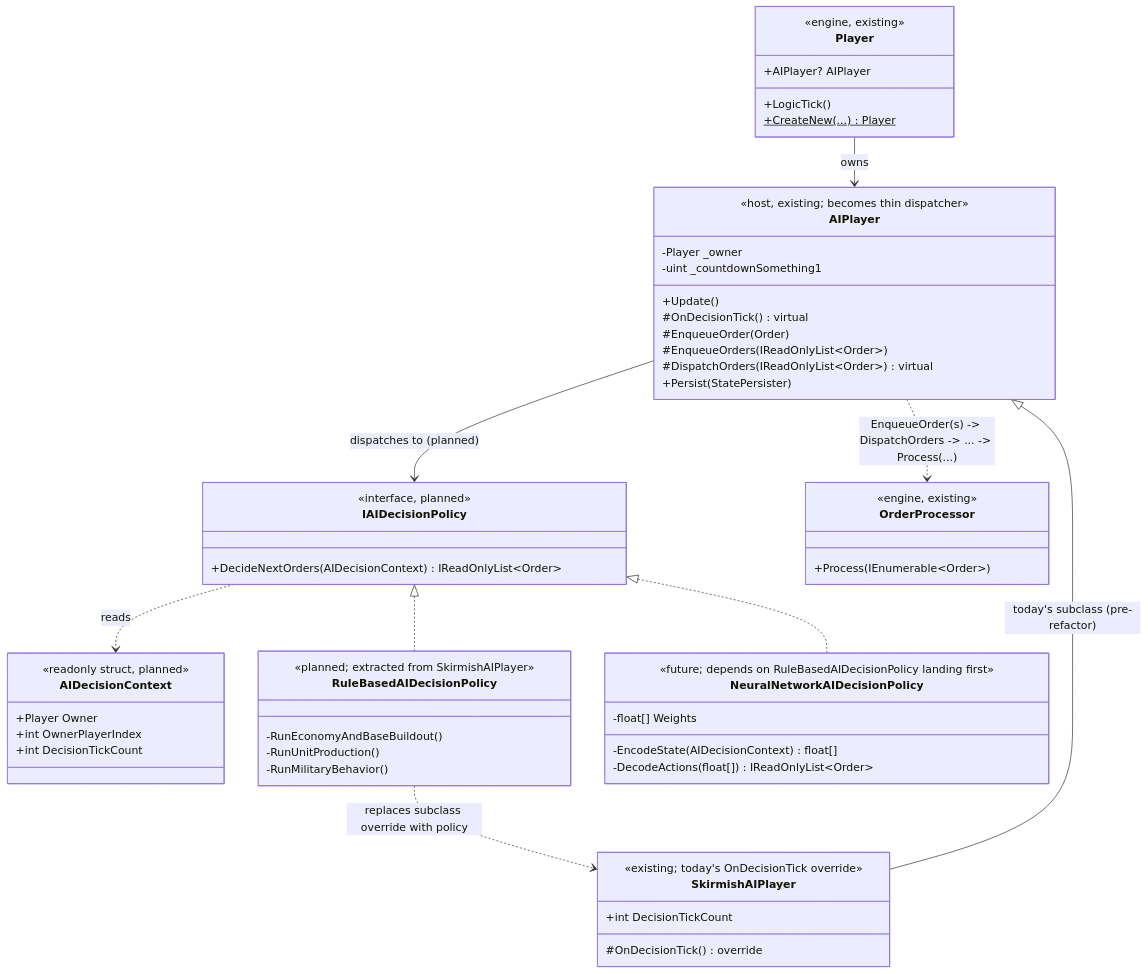
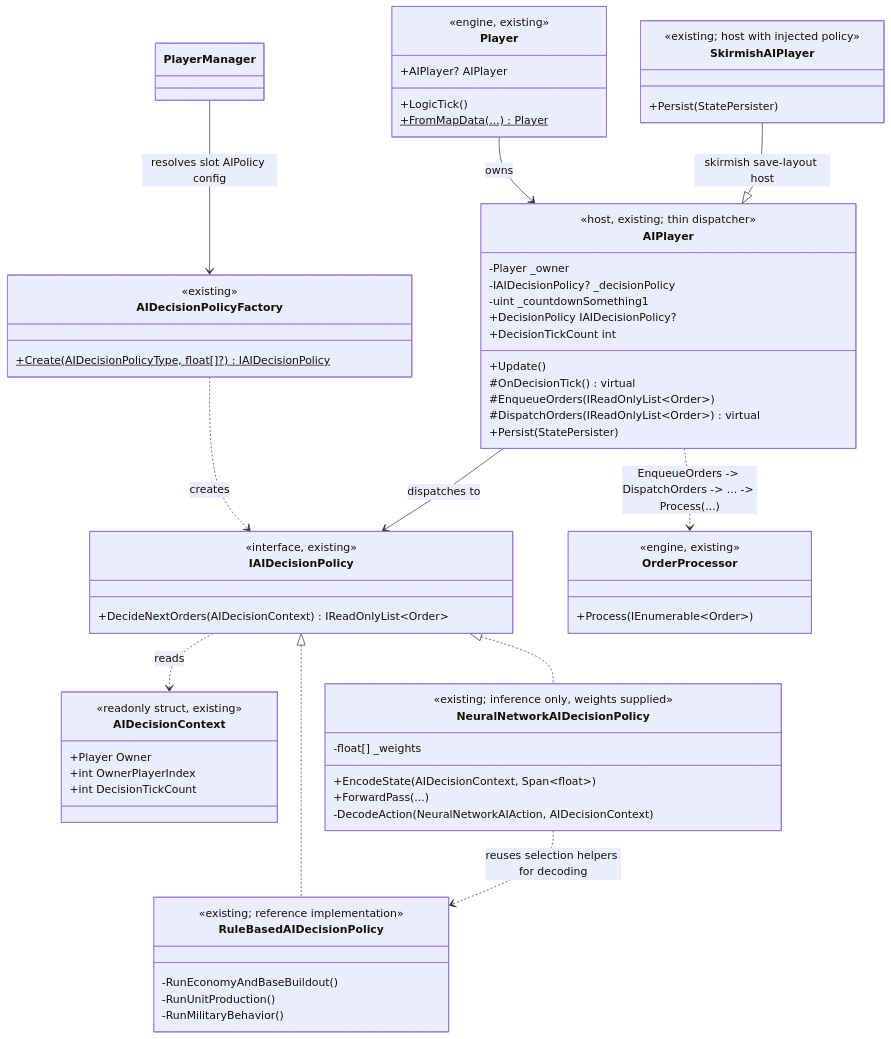
Before and after one commit to rmessinger/Panopticon: the first of 2 diagrams in docs/roadmap/deep-dives/a4-pluggable-ai.md, drawn with Mermaid. The commit also changed other lines of this file and 23 other files, not shown here.

First line of the commit message:
Track A: A4 AI decision policy seam (WI-A4-01..04)

````diff
--- a/docs/roadmap/deep-dives/a4-pluggable-ai.md
+++ b/docs/roadmap/deep-dives/a4-pluggable-ai.md
@@ -183,67 +172,76 @@
 ```mermaid
 classDiagram
   class Player {
     <<engine, existing>>
     +AIPlayer? AIPlayer
     +LogicTick()
-    +CreateNew(...)$ Player
+    +FromMapData(...)$ Player
+  }
+
+  class AIDecisionPolicyFactory {
+    <<existing>>
+    +Create(AIDecisionPolicyType, float[]?)$ IAIDecisionPolicy
   }
 
   class AIPlayer {
-    <<host, existing; becomes thin dispatcher>>
+    <<host, existing; thin dispatcher>>
     -Player _owner
+    -IAIDecisionPolicy? _decisionPolicy
     -uint _countdownSomething1
     +Update()
     #OnDecisionTick() virtual
-    #EnqueueOrder(Order)
+    +DecisionPolicy IAIDecisionPolicy?
+    +DecisionTickCount int
     #EnqueueOrders(IReadOnlyList~Order~)
     #DispatchOrders(IReadOnlyList~Order~) virtual
     +Persist(StatePersister)
   }
 
   class IAIDecisionPolicy {
-    <<interface, planned>>
+    <<interface, existing>>
     +DecideNextOrders(AIDecisionContext) IReadOnlyList~Order~
   }
 
   class AIDecisionContext {
-    <<readonly struct, planned>>
+    <<readonly struct, existing>>
     +Player Owner
     +int OwnerPlayerIndex
     +int DecisionTickCount
   }
 
   class RuleBasedAIDecisionPolicy {
-    <<planned; extracted from SkirmishAIPlayer>>
+    <<existing; reference implementation>>
     -RunEconomyAndBaseBuildout()
     -RunUnitProduction()
     -RunMilitaryBehavior()
   }
 
   class SkirmishAIPlayer {
-    <<existing; today's OnDecisionTick override>>
-    +int DecisionTickCount
-    #OnDecisionTick() override
+    <<existing; host with injected policy>>
+    +Persist(StatePersister)
   }
 
   class NeuralNetworkAIDecisionPolicy {
-    <<future; depends on RuleBasedAIDecisionPolicy landing first>>
-    -float[] Weights
-    -EncodeState(AIDecisionContext) float[]
-    -DecodeActions(float[]) IReadOnlyList~Order~
+    <<existing; inference only, weights supplied>>
+    -float[] _weights
+    +EncodeState(AIDecisionContext, Span~float~)
+    +ForwardPass(...)
+    -DecodeAction(NeuralNetworkAIAction, AIDecisionContext)
   }
 
   class OrderProcessor {
     <<engine, existing>>
     +Process(IEnumerable~Order~)
   }
 
   Player --> AIPlayer : owns
-  AIPlayer --> IAIDecisionPolicy : dispatches to (planned)
+  PlayerManager --> AIDecisionPolicyFactory : resolves slot AIPolicy config
+  AIDecisionPolicyFactory ..> IAIDecisionPolicy : creates
+  AIPlayer --> IAIDecisionPolicy : dispatches to
   IAIDecisionPolicy <|.. RuleBasedAIDecisionPolicy
   IAIDecisionPolicy <|.. NeuralNetworkAIDecisionPolicy
   IAIDecisionPolicy ..> AIDecisionContext : reads
-  SkirmishAIPlayer --|> AIPlayer : today's subclass (pre-refactor)
-  RuleBasedAIDecisionPolicy ..> SkirmishAIPlayer : replaces subclass override with policy
-  AIPlayer ..> OrderProcessor : EnqueueOrder(s) -> DispatchOrders -> ... -> Process(...)
+  SkirmishAIPlayer --|> AIPlayer : skirmish save-layout host
+  NeuralNetworkAIDecisionPolicy ..> RuleBasedAIDecisionPolicy : reuses selection helpers for decoding
+  AIPlayer ..> OrderProcessor : EnqueueOrders -> DispatchOrders -> ... -> Process(...)
 ```
````
